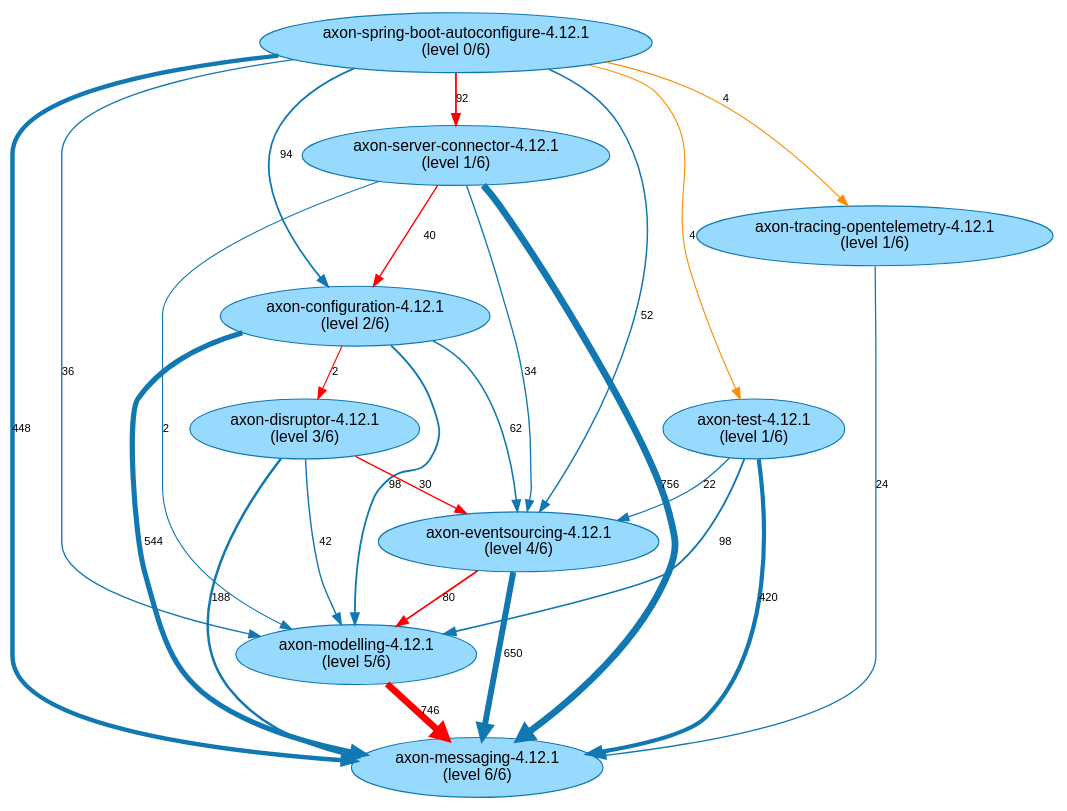
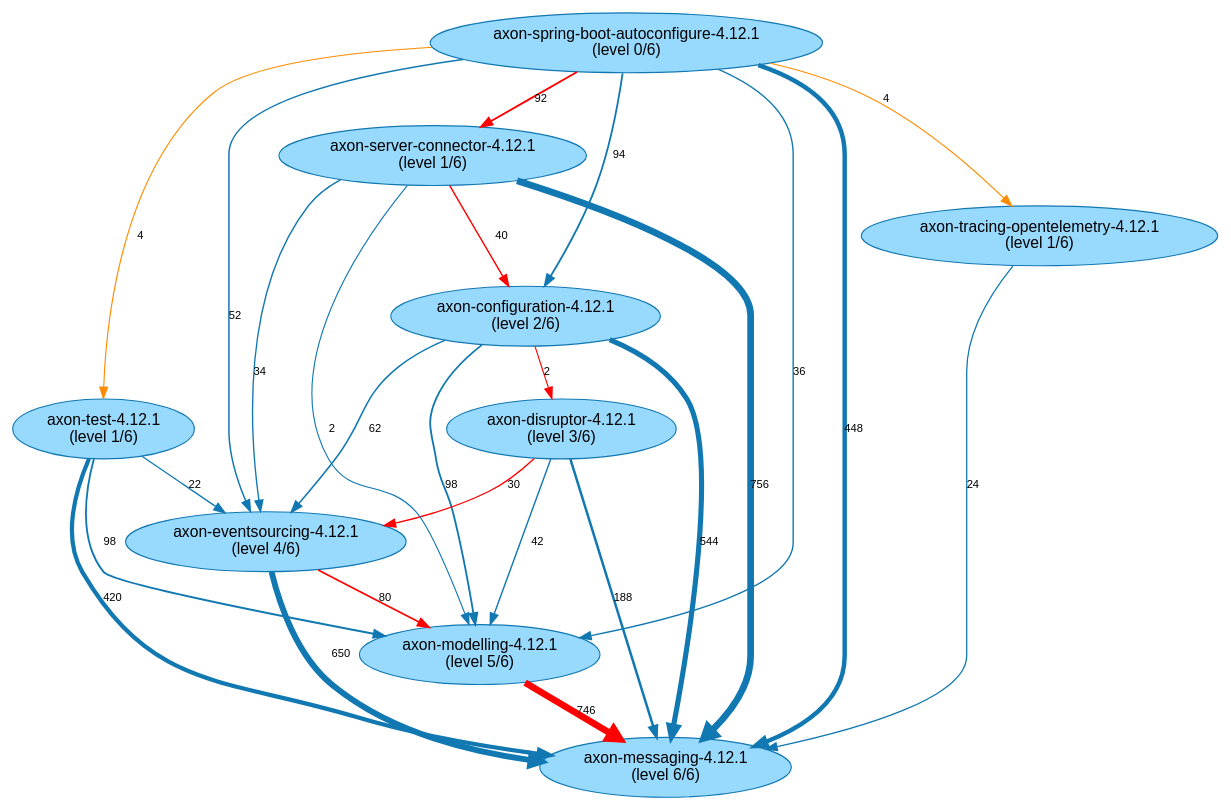
One commit to JohT/code-graph-analysis-examples changed the diagram in analysis-results/AxonFramework/latest/path-finding-visualization/JavaArtifactLongestPaths.gv. Above: the diagram before and after it, drawn with Graphviz. The commit also changed other lines of this file and 441 other files, not shown here.

```diff
--- a/analysis-results/AxonFramework/latest/path-finding-visualization/JavaArtifactLongestPaths.gv
+++ b/analysis-results/AxonFramework/latest/path-finding-visualization/JavaArtifactLongestPaths.gv
@@ -1,37 +1,37 @@
 // This GraphViz dot file was generated by the script convertQueryResultCsvToGraphVizDotFile.sh with default.template
 
 strict digraph JavaArtifactLongestPaths {
     fontname = "Helvetica,Arial,sans-serif";
     node [fontname = "Helvetica,Arial,sans-serif";];
     edge [fontname = "Helvetica,Arial,sans-serif"; fontsize = 10;];
     node [style = filled; fillcolor = "0.560 0.400 0.999";];
     node [color = "0.560 0.900 0.700";];
     edge [color = "0.560 0.900 0.700";];
 	"axon-configuration-4.12.1\n(level 2/6)" -> "axon-messaging-4.12.1\n(level 6/6)" [label=544; penwidth=4.59; ];
+	"axon-configuration-4.12.1\n(level 2/6)" -> "axon-modelling-4.12.1\n(level 5/6)" [label=98; penwidth=1.64; ];
 	"axon-configuration-4.12.1\n(level 2/6)" -> "axon-eventsourcing-4.12.1\n(level 4/6)" [label=62; penwidth=1.4; ];
-	"axon-configuration-4.12.1\n(level 2/6)" -> "axon-modelling-4.12.1\n(level 5/6)" [label=98; penwidth=1.64; ];
 	"axon-configuration-4.12.1\n(level 2/6)" -> "axon-disruptor-4.12.1\n(level 3/6)" [label=2; penwidth=1.0; color="red"; ];
-	"axon-spring-boot-autoconfigure-4.12.1\n(level 0/6)" -> "axon-eventsourcing-4.12.1\n(level 4/6)" [label=52; penwidth=1.33; ];
+	"axon-spring-boot-autoconfigure-4.12.1\n(level 0/6)" -> "axon-tracing-opentelemetry-4.12.1\n(level 1/6)" [label=4; penwidth=1.01; ];
 	"axon-spring-boot-autoconfigure-4.12.1\n(level 0/6)" -> "axon-messaging-4.12.1\n(level 6/6)" [label=448; penwidth=3.96; ];
 	"axon-spring-boot-autoconfigure-4.12.1\n(level 0/6)" -> "axon-configuration-4.12.1\n(level 2/6)" [label=94; penwidth=1.61; ];
+	"axon-spring-boot-autoconfigure-4.12.1\n(level 0/6)" -> "axon-eventsourcing-4.12.1\n(level 4/6)" [label=52; penwidth=1.33; ];
 	"axon-spring-boot-autoconfigure-4.12.1\n(level 0/6)" -> "axon-server-connector-4.12.1\n(level 1/6)" [label=92; penwidth=1.6; color="red"; ];
 	"axon-spring-boot-autoconfigure-4.12.1\n(level 0/6)" -> "axon-modelling-4.12.1\n(level 5/6)" [label=36; penwidth=1.23; ];
 	"axon-spring-boot-autoconfigure-4.12.1\n(level 0/6)" -> "axon-test-4.12.1\n(level 1/6)" [label=4; penwidth=1.01; ];
-	"axon-spring-boot-autoconfigure-4.12.1\n(level 0/6)" -> "axon-tracing-opentelemetry-4.12.1\n(level 1/6)" [label=4; penwidth=1.01; ];
 	"axon-tracing-opentelemetry-4.12.1\n(level 1/6)" -> "axon-messaging-4.12.1\n(level 6/6)" [label=24; penwidth=1.15; ];
 	"axon-eventsourcing-4.12.1\n(level 4/6)" -> "axon-messaging-4.12.1\n(level 6/6)" [label=650; penwidth=5.3; ];
 	"axon-eventsourcing-4.12.1\n(level 4/6)" -> "axon-modelling-4.12.1\n(level 5/6)" [label=80; penwidth=1.52; color="red"; ];
 	"axon-server-connector-4.12.1\n(level 1/6)" -> "axon-messaging-4.12.1\n(level 6/6)" [label=756; penwidth=6.0; ];
+	"axon-server-connector-4.12.1\n(level 1/6)" -> "axon-configuration-4.12.1\n(level 2/6)" [label=40; penwidth=1.25; color="red"; ];
 	"axon-server-connector-4.12.1\n(level 1/6)" -> "axon-eventsourcing-4.12.1\n(level 4/6)" [label=34; penwidth=1.21; ];
-	"axon-server-connector-4.12.1\n(level 1/6)" -> "axon-configuration-4.12.1\n(level 2/6)" [label=40; penwidth=1.25; color="red"; ];
 	"axon-server-connector-4.12.1\n(level 1/6)" -> "axon-modelling-4.12.1\n(level 5/6)" [label=2; penwidth=1.0; ];
 	"axon-modelling-4.12.1\n(level 5/6)" -> "axon-messaging-4.12.1\n(level 6/6)" [label=746; penwidth=5.93; color="red"; ];
+	"axon-disruptor-4.12.1\n(level 3/6)" -> "axon-eventsourcing-4.12.1\n(level 4/6)" [label=30; penwidth=1.19; color="red"; ];
 	"axon-disruptor-4.12.1\n(level 3/6)" -> "axon-messaging-4.12.1\n(level 6/6)" [label=188; penwidth=2.23; ];
 	"axon-disruptor-4.12.1\n(level 3/6)" -> "axon-modelling-4.12.1\n(level 5/6)" [label=42; penwidth=1.27; ];
-	"axon-disruptor-4.12.1\n(level 3/6)" -> "axon-eventsourcing-4.12.1\n(level 4/6)" [label=30; penwidth=1.19; color="red"; ];
 	"axon-test-4.12.1\n(level 1/6)" -> "axon-messaging-4.12.1\n(level 6/6)" [label=420; penwidth=3.77; ];
 	"axon-test-4.12.1\n(level 1/6)" -> "axon-modelling-4.12.1\n(level 5/6)" [label=98; penwidth=1.64; ];
 	"axon-test-4.12.1\n(level 1/6)" -> "axon-eventsourcing-4.12.1\n(level 4/6)" [label=22; penwidth=1.13; ];
 	"axon-spring-boot-autoconfigure-4.12.1\n(level 0/6)" -> "axon-tracing-opentelemetry-4.12.1\n(level 1/6)" [label=4; penwidth=1.01; color="darkorange"; ];
 	"axon-spring-boot-autoconfigure-4.12.1\n(level 0/6)" -> "axon-test-4.12.1\n(level 1/6)" [label=4; penwidth=1.01; color="darkorange"; ];
 }
```
